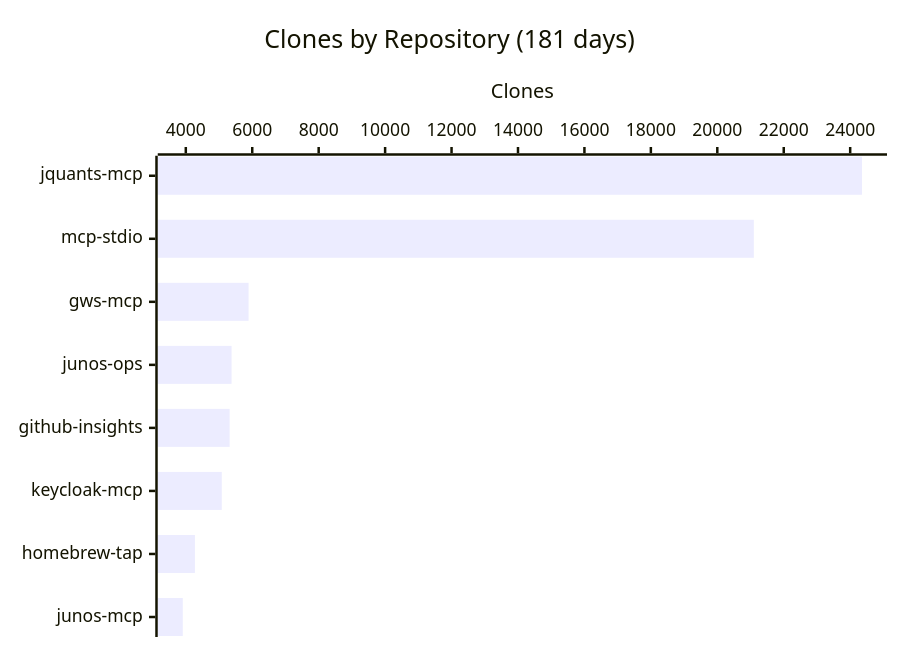
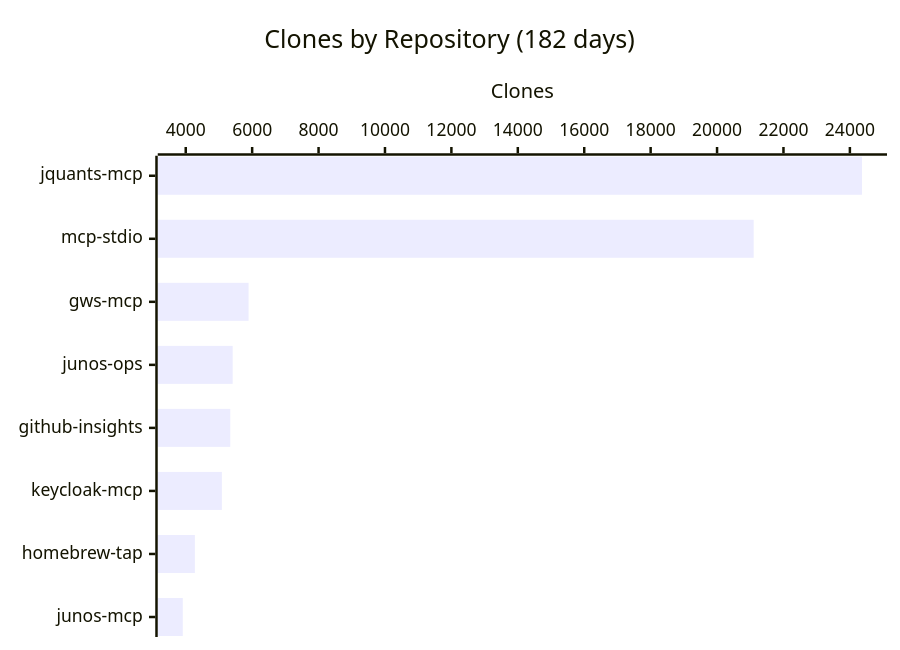
One commit to shigechika/github-insights changed the fourth of 4 diagrams in README.md. Above: the diagram before and after it, drawn with Mermaid. The commit also changed other lines of this file and 2 other files, not shown here.

````diff
--- a/README.md
+++ b/README.md
@@ -58,7 +58,7 @@
 ```mermaid
 xychart-beta horizontal
-    title "Clones by Repository (181 days)"
+    title "Clones by Repository (182 days)"
     x-axis ["jquants-mcp", "mcp-stdio", "gws-mcp", "junos-ops", "github-insights", "keycloak-mcp", "homebrew-tap", "junos-mcp"]
     y-axis "Clones"
-    bar [24355, 21100, 5890, 5378, 5320, 5083, 4274, 3909]
+    bar [24364, 21102, 5892, 5413, 5341, 5088, 4276, 3911]
 ```
````
